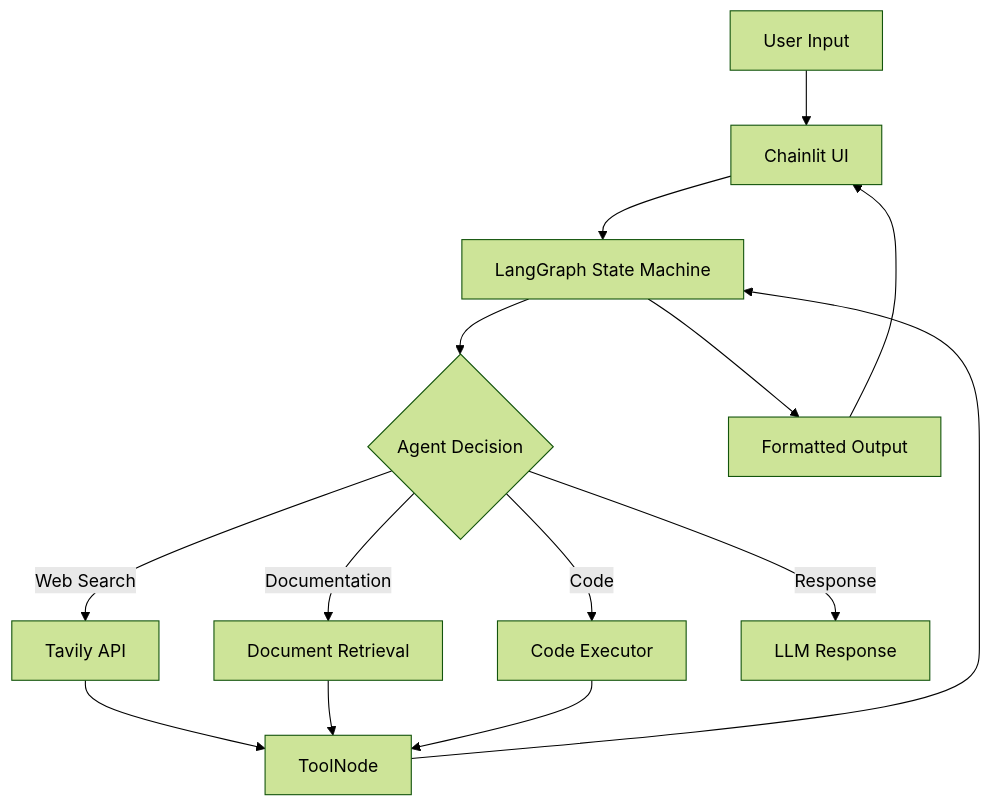
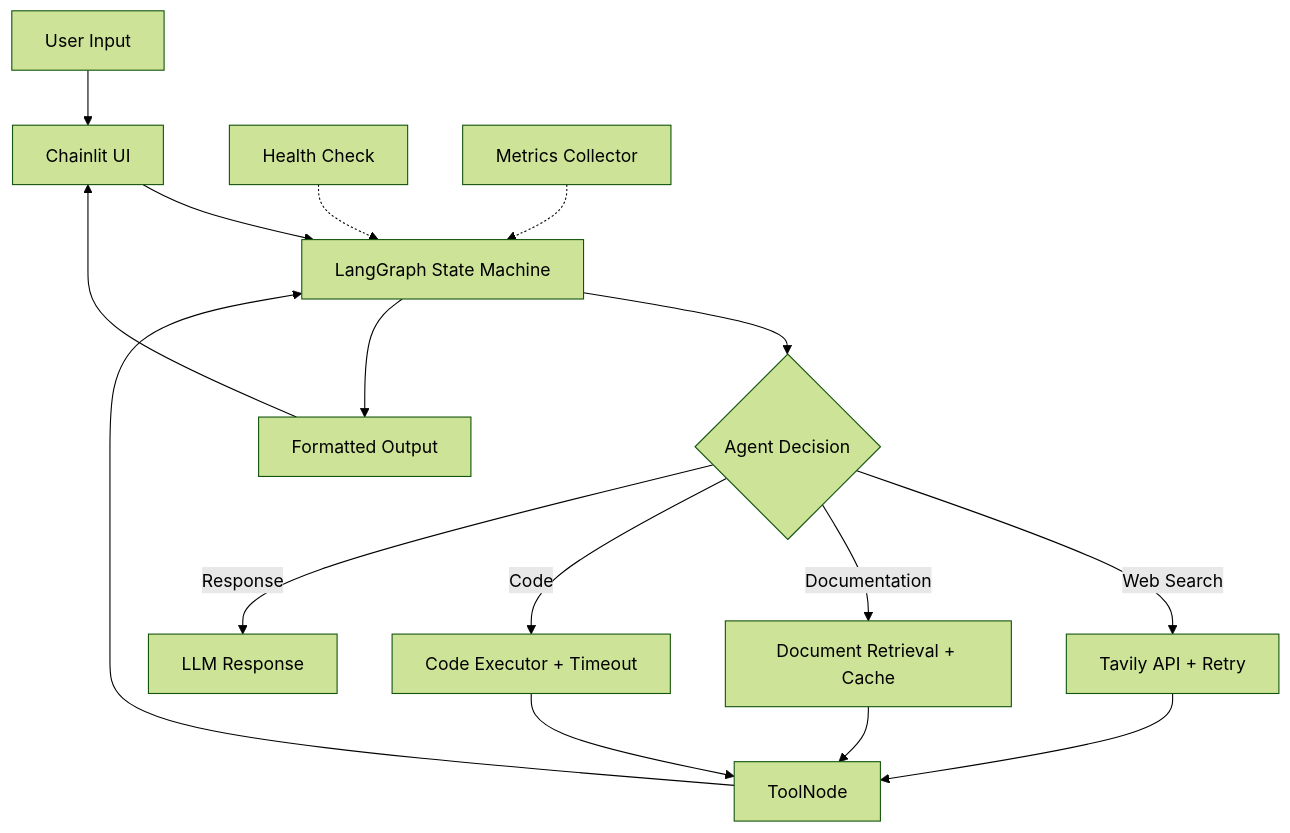
The diagram in README.md (Ilaye32/ready_tensor_chatbot), drawn with Mermaid (forest theme) before and after one commit. The commit also changed other lines of this file, not shown here.

````diff
--- a/README.md
+++ b/README.md
@@ -46,16 +52,18 @@
 ```mermaid
 graph TD
     A[User Input] --> B[Chainlit UI]
     B --> C[LangGraph State Machine]
     C --> D{Agent Decision}
-    D -->|Web Search| E[Tavily API]
-    D -->|Documentation| F[Document Retrieval]
-    D -->|Code| G[Code Executor]
+    D -->|Web Search| E[Tavily API + Retry]
+    D -->|Documentation| F[Document Retrieval + Cache]
+    D -->|Code| G[Code Executor + Timeout]
     D -->|Response| H[LLM Response]
     E --> I[ToolNode]
     F --> I
     G --> I
     I --> C
     C --> J[Formatted Output]
     J --> B
+    K[Health Check] -.-> C
+    L[Metrics Collector] -.-> C
 ```
````
